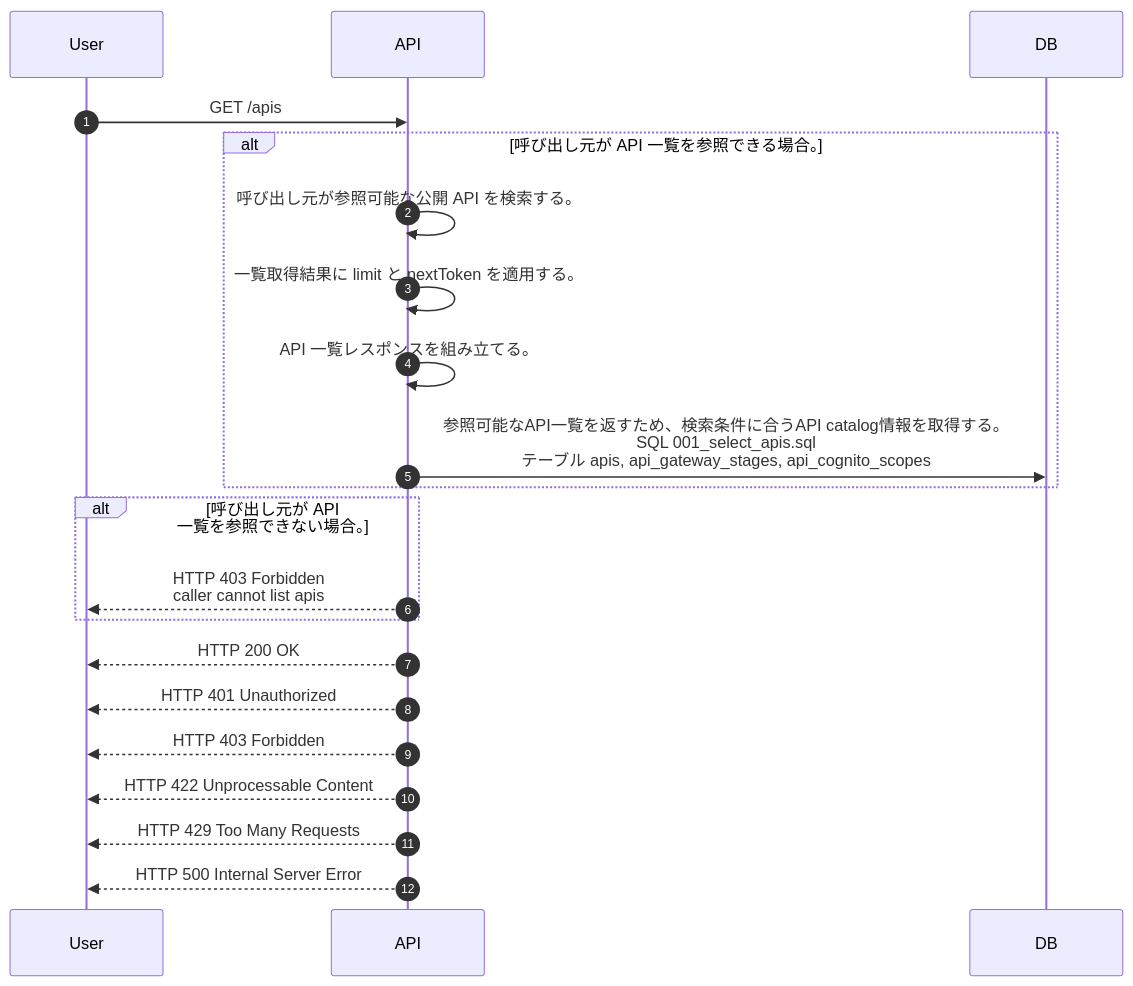
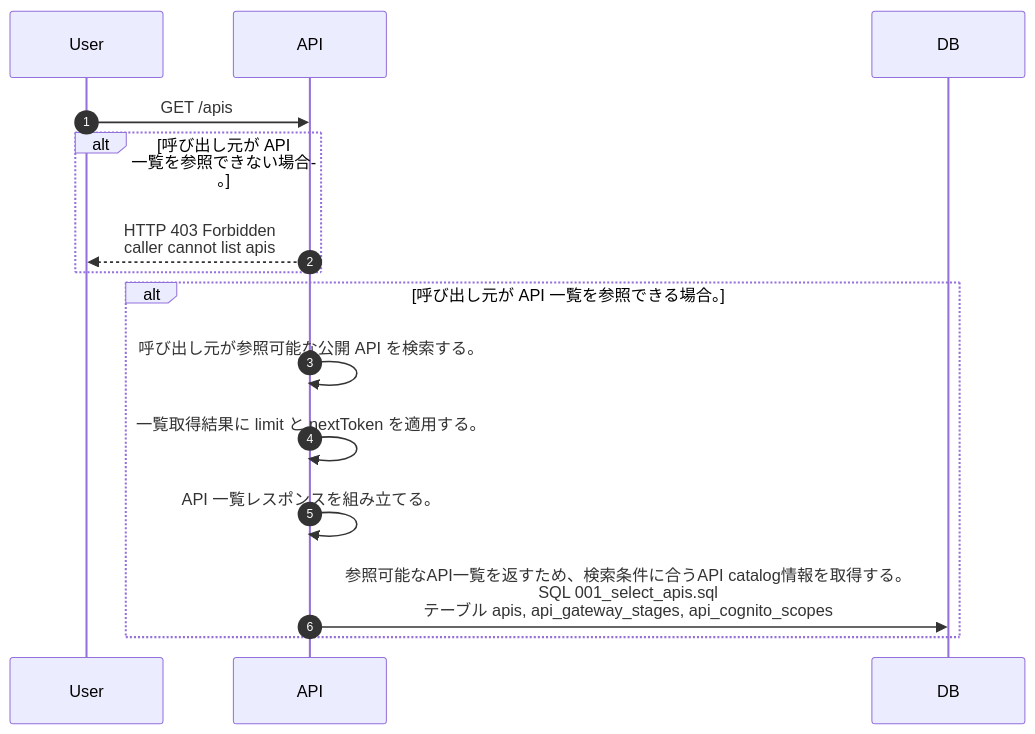
One commit to tsuji-tomonori/lazunex changed the diagram in docs/spec/40.apis/apis/list_apis/sequence_gen.md. Above: the diagram before and after it, drawn with Mermaid. The commit also changed 39 other files, not shown here.

Commit message:
🐛 fix(api): error_responsesとシーケンス出力を実装に同期

````diff
--- a/docs/spec/40.apis/apis/list_apis/sequence_gen.md
+++ b/docs/spec/40.apis/apis/list_apis/sequence_gen.md
@@ -5,23 +5,17 @@
 ```mermaid
 sequenceDiagram
   autonumber
   participant User as User
   participant API as API
   participant DB as DB
   User->>API: GET /apis
+  alt 呼び出し元が API 一覧を参照できない場合。
+    API-->>User: HTTP 403 Forbidden<br/>caller cannot list apis
+  end
   alt 呼び出し元が API 一覧を参照できる場合。
     API->>API: 呼び出し元が参照可能な公開 API を検索する。
     API->>API: 一覧取得結果に limit と nextToken を適用する。
     API->>API: API 一覧レスポンスを組み立てる。
     API->>DB: 参照可能なAPI一覧を返すため、検索条件に合うAPI catalog情報を取得する。<br/>SQL 001_select_apis.sql<br/>テーブル apis, api_gateway_stages, api_cognito_scopes
   end
-  alt 呼び出し元が API 一覧を参照できない場合。
-    API-->>User: HTTP 403 Forbidden<br/>caller cannot list apis
-  end
-  API-->>User: HTTP 200 OK
-  API-->>User: HTTP 401 Unauthorized
-  API-->>User: HTTP 403 Forbidden
-  API-->>User: HTTP 422 Unprocessable Content
-  API-->>User: HTTP 429 Too Many Requests
-  API-->>User: HTTP 500 Internal Server Error
 ```
````
